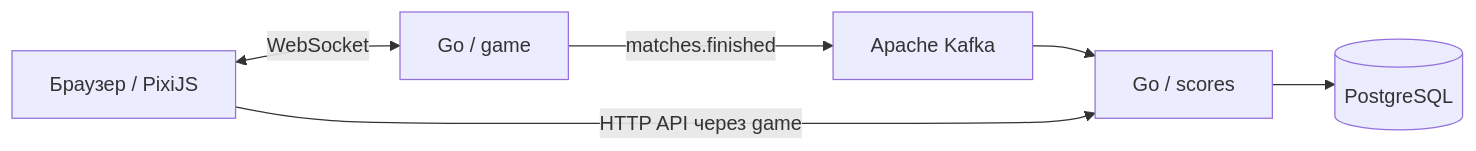
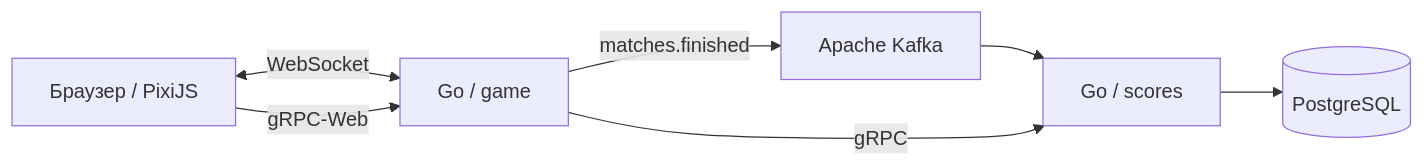
One commit to lagatun54/orbital-run changed the diagram in README.md. Above: the diagram before and after it, drawn with Mermaid. The commit also changed other lines of this file and 26 other files, not shown here.

First line of the commit message:
feat(scores)!: migrate the scores API to gRPC

````diff
--- a/README.md
+++ b/README.md
@@ -69,8 +73,9 @@
 ```mermaid
 flowchart LR
     Browser["Браузер / PixiJS"] <-->|WebSocket| Game["Go / game"]
     Game -->|"matches.finished"| Kafka["Apache Kafka"]
     Kafka --> Scores["Go / scores"]
     Scores --> PG[("PostgreSQL")]
-    Browser -->|"HTTP API через game"| Scores
+    Browser -->|gRPC-Web| Game
+    Game -->|gRPC| Scores
 ```
````
